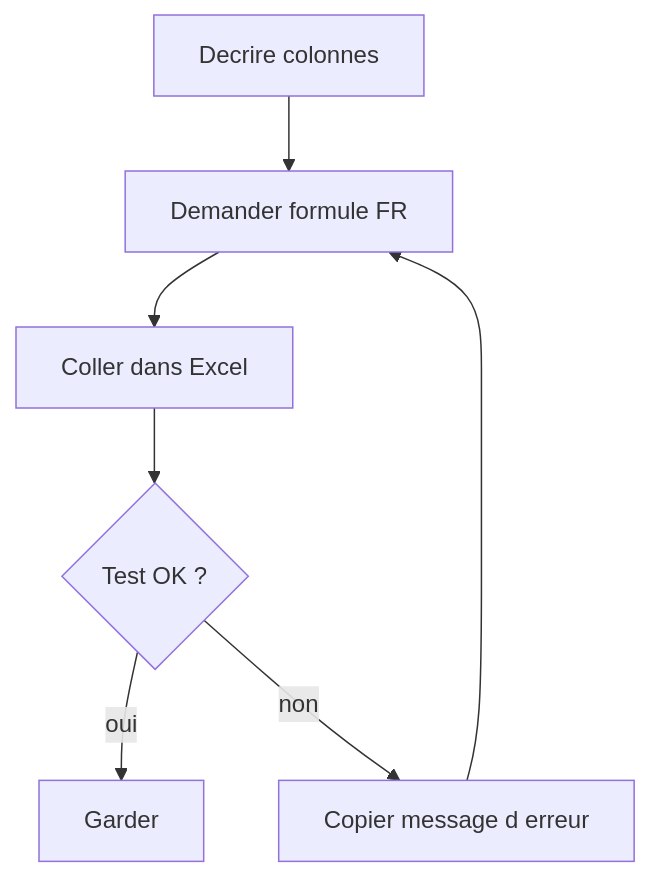
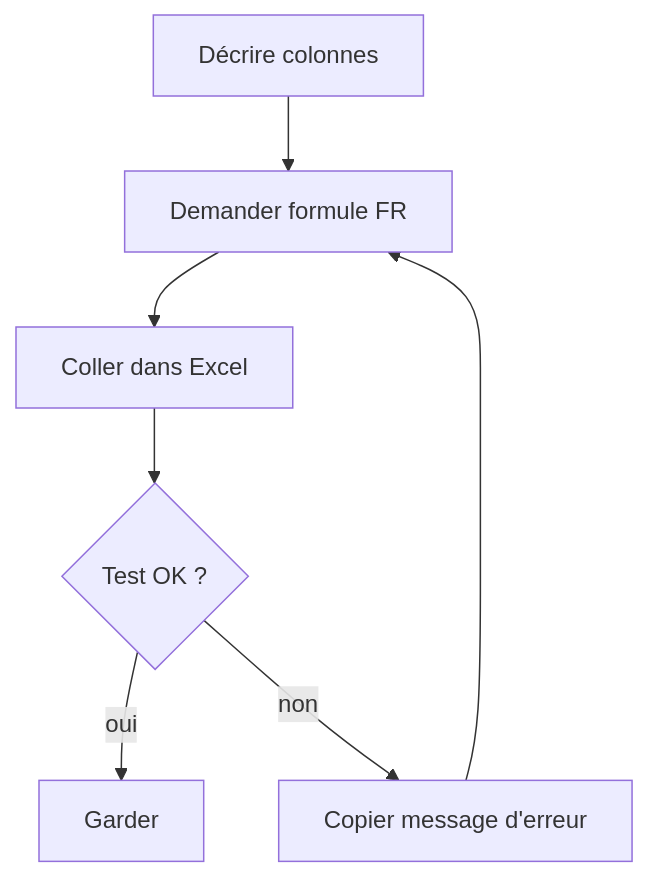
Before and after one commit to Tony224x/mastering-believe: the diagram in domains/vie/ia-quotidien/01-theory/06-excel-bases-ia.md, drawn with Mermaid. The commit also changed other lines of this file and 74 other files, not shown here.

````diff
--- a/domains/vie/ia-quotidien/01-theory/06-excel-bases-ia.md
+++ b/domains/vie/ia-quotidien/01-theory/06-excel-bases-ia.md
@@ -24,9 +24,9 @@
 ```mermaid
 flowchart TD
-  D[Decrire colonnes] --> F[Demander formule FR]
+  D[Décrire colonnes] --> F[Demander formule FR]
   F --> C[Coller dans Excel]
   C --> T{Test OK ?}
   T -->|oui| OK[Garder]
-  T -->|non| E[Copier message d erreur]
+  T -->|non| E[Copier message d'erreur]
   E --> F
 ```
````
